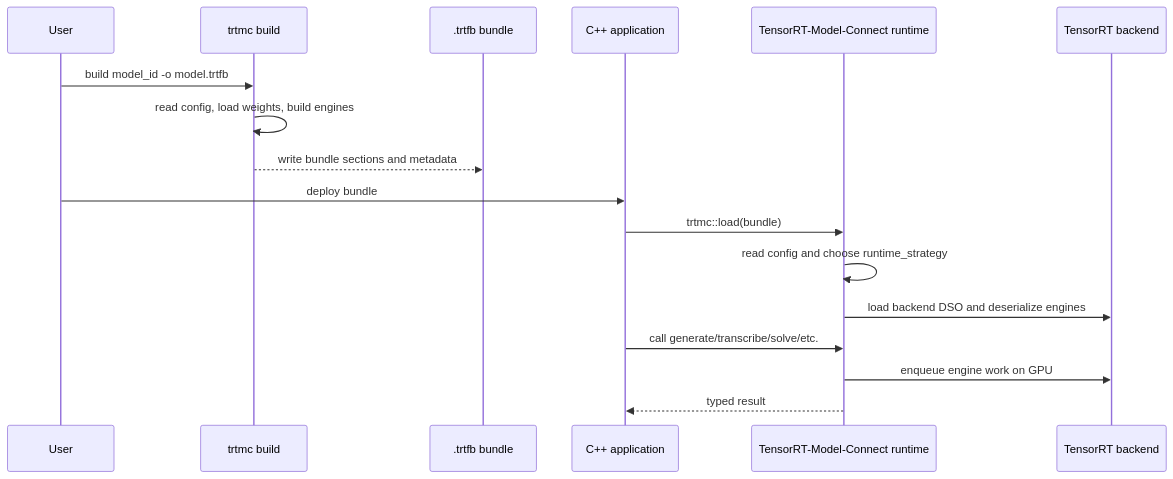
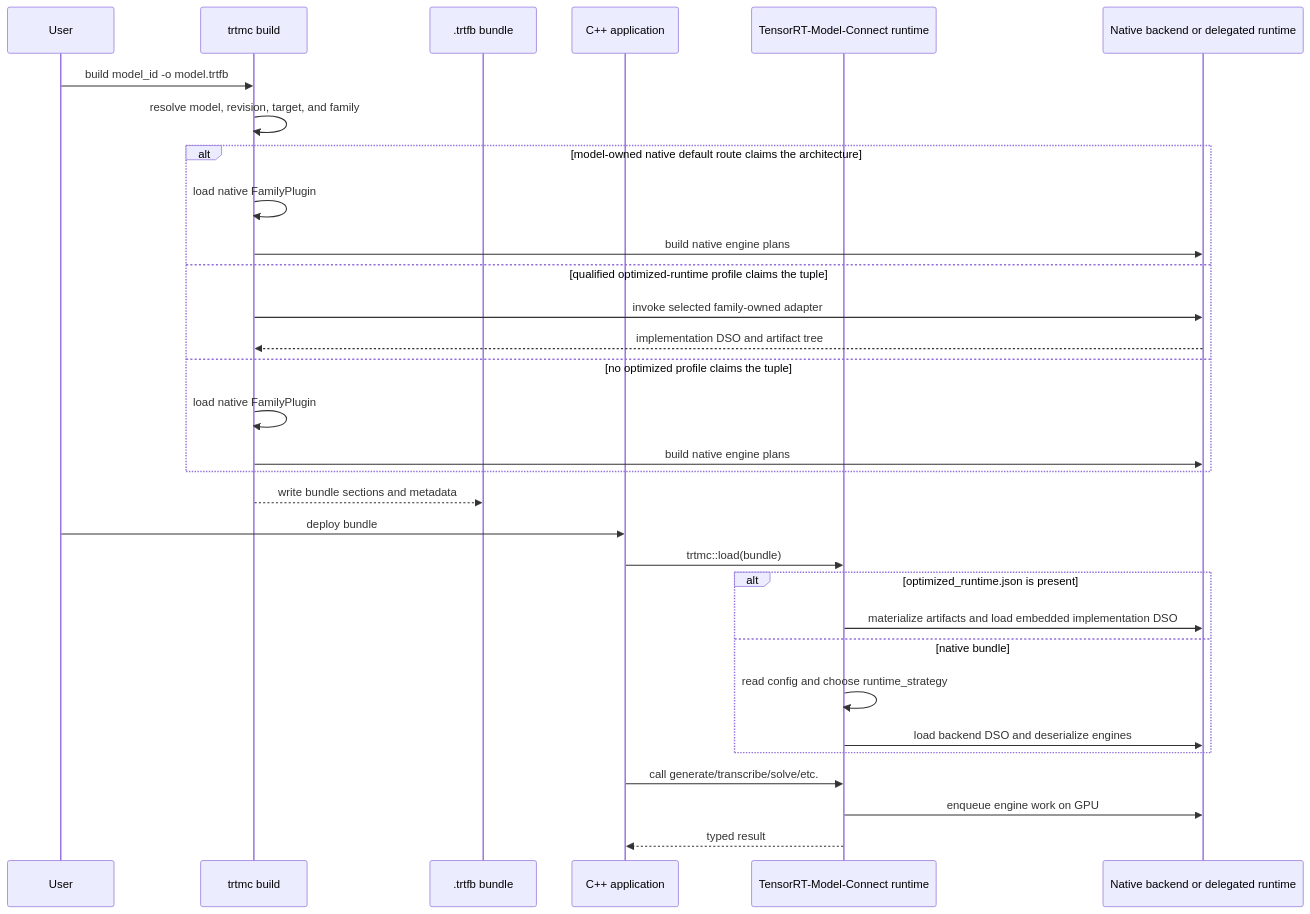
Before and after one commit to AbishekCoder1/TensorRT-Model-Connect: the second of 6 diagrams in website/docs/architecture/overview.md, drawn with Mermaid. The commit also changed other lines of this file and 83 other files, not shown here.

````diff
--- a/website/docs/architecture/overview.md
+++ b/website/docs/architecture/overview.md
@@ -89,20 +112,34 @@
 ```mermaid
 sequenceDiagram
   participant User
   participant Build as trtmc build
   participant Bundle as .trtfb bundle
   participant App as C++ application
   participant Runtime as TensorRT-Model-Connect runtime
-  participant TRT as TensorRT backend
+  participant TRT as Native backend or delegated runtime
 
   User->>Build: build model_id -o model.trtfb
-  Build->>Build: read config, load weights, build engines
+  Build->>Build: resolve model, revision, target, and family
+  alt model-owned native default route claims the architecture
+    Build->>Build: load native FamilyPlugin
+    Build->>TRT: build native engine plans
+  else qualified optimized-runtime profile claims the tuple
+    Build->>TRT: invoke selected family-owned adapter
+    TRT-->>Build: implementation DSO and artifact tree
+  else no optimized profile claims the tuple
+    Build->>Build: load native FamilyPlugin
+    Build->>TRT: build native engine plans
+  end
   Build-->>Bundle: write bundle sections and metadata
   User->>App: deploy bundle
   App->>Runtime: trtmc::load(bundle)
-  Runtime->>Runtime: read config and choose runtime_strategy
-  Runtime->>TRT: load backend DSO and deserialize engines
+  alt optimized_runtime.json is present
+    Runtime->>TRT: materialize artifacts and load embedded implementation DSO
+  else native bundle
+    Runtime->>Runtime: read config and choose runtime_strategy
+    Runtime->>TRT: load backend DSO and deserialize engines
+  end
   App->>Runtime: call generate/transcribe/solve/etc.
   Runtime->>TRT: enqueue engine work on GPU
   Runtime-->>App: typed result
 ```
````
